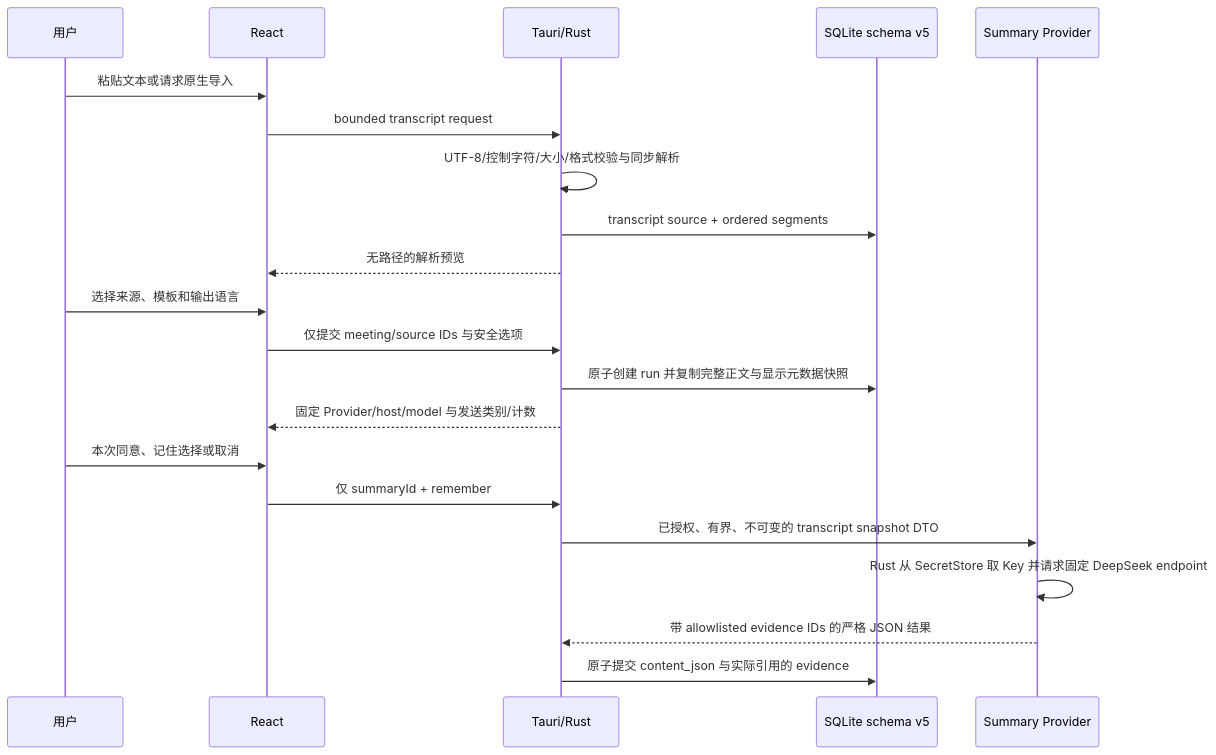
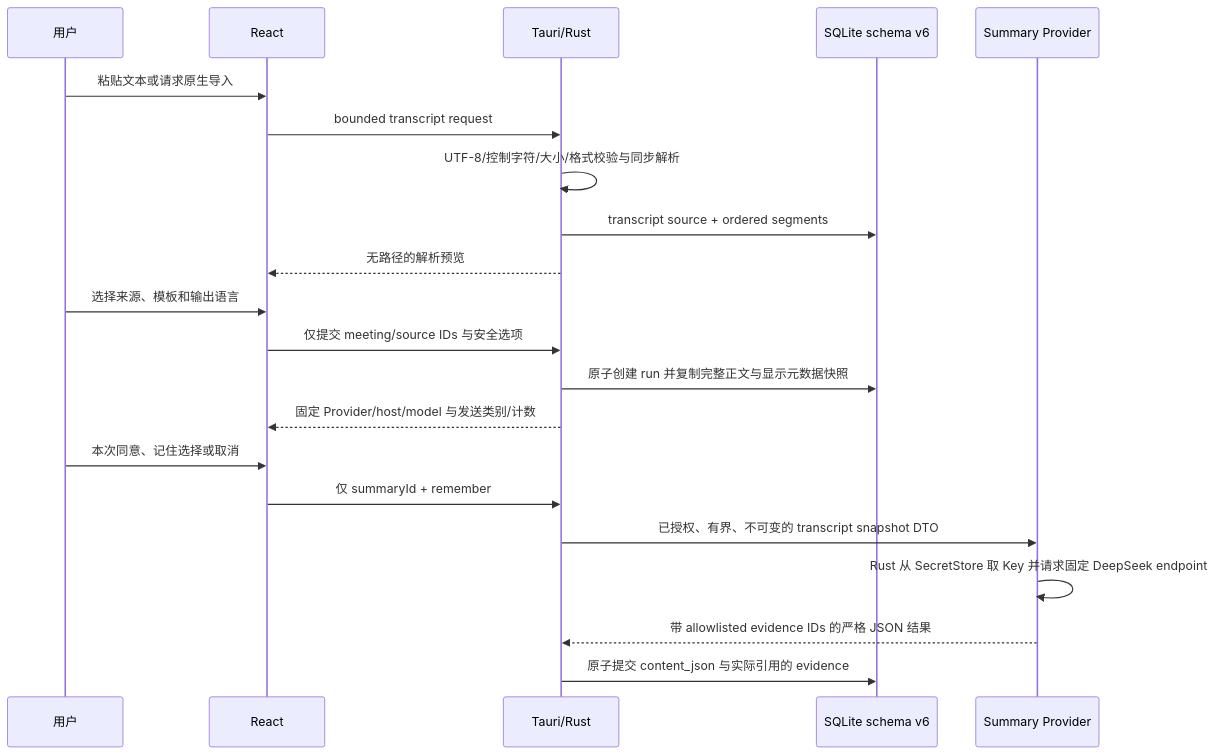
Before and after one commit to Gray-8a/MeetingLens: the fifth of 7 diagrams in ARCHITECTURE.md, drawn with Mermaid. The commit also changed other lines of this file and 77 other files, not shown here.

````diff
--- a/ARCHITECTURE.md
+++ b/ARCHITECTURE.md
@@ -240,23 +254,23 @@
 ```mermaid
 sequenceDiagram
     participant User as 用户
     participant UI as React
     participant Rust as Tauri/Rust
-    participant DB as SQLite schema v5
+    participant DB as SQLite schema v6
     participant Summary as Summary Provider
     User->>UI: 粘贴文本或请求原生导入
     UI->>Rust: bounded transcript request
     Rust->>Rust: UTF-8/控制字符/大小/格式校验与同步解析
     Rust->>DB: transcript source + ordered segments
     Rust-->>UI: 无路径的解析预览
     User->>UI: 选择来源、模板和输出语言
     UI->>Rust: 仅提交 meeting/source IDs 与安全选项
     Rust->>DB: 原子创建 run 并复制完整正文与显示元数据快照
     Rust-->>UI: 固定 Provider/host/model 与发送类别/计数
     User->>UI: 本次同意、记住选择或取消
     UI->>Rust: 仅 summaryId + remember
     Rust->>Summary: 已授权、有界、不可变的 transcript snapshot DTO
     Summary->>Summary: Rust 从 SecretStore 取 Key 并请求固定 DeepSeek endpoint
     Summary-->>Rust: 带 allowlisted evidence IDs 的严格 JSON 结果
     Rust->>DB: 原子提交 content_json 与实际引用的 evidence
 ```
````
